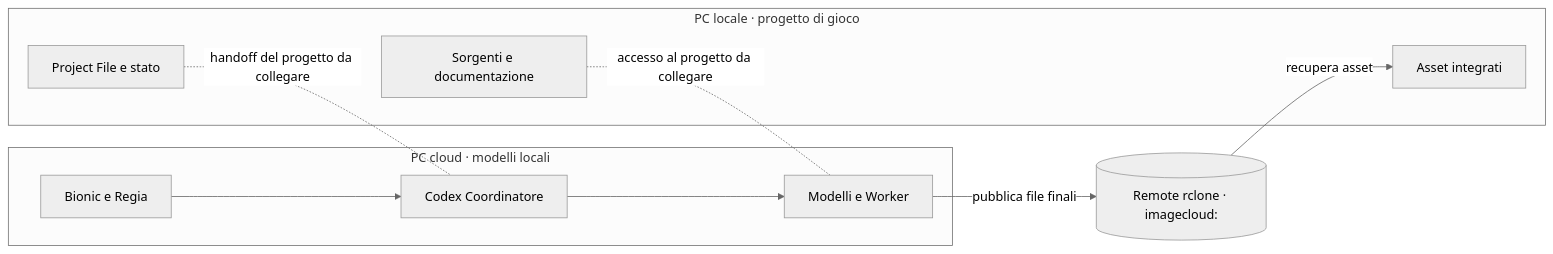
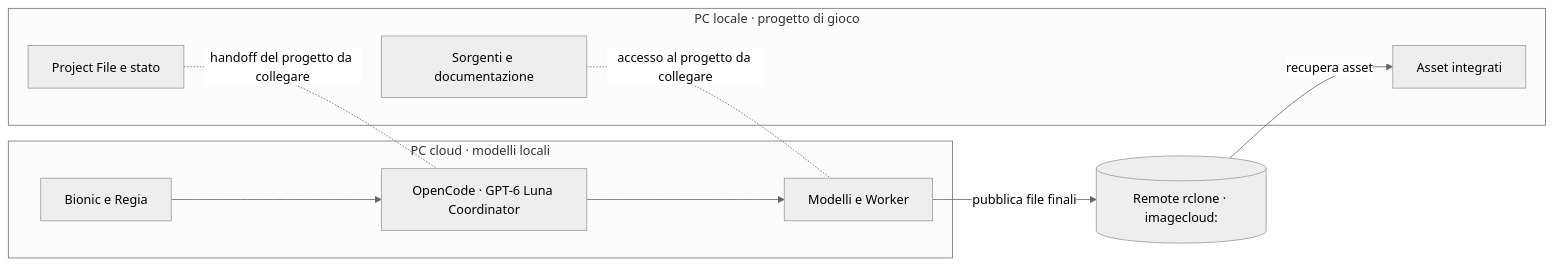
The ninth of 12 diagrams in README.md (DRincs-Productions/LM-Studio), drawn with Mermaid (neutral theme) before and after one commit. The commit also changed other lines of this file and 31 other files, not shown here.

Commit message:
Integrate OpenCode across Shadow workflows

````diff
--- a/README.md
+++ b/README.md
@@ -271,20 +269,20 @@
 ```mermaid
 flowchart LR
     subgraph LOCAL[PC locale · progetto di gioco]
         GAME[Sorgenti e documentazione]
         PF[Project File e stato]
         AS[Asset integrati]
     end
     subgraph CLOUD[PC cloud · modelli locali]
         B[Bionic e Regia]
-        C[Codex Coordinatore]
+        C[OpenCode · GPT-6 Luna Coordinator]
         M[Modelli e Worker]
         B --> C
         C --> M
     end
     RCLONE[(Remote rclone · imagecloud:)]
     M -->|pubblica file finali| RCLONE
     RCLONE -->|recupera asset| AS
     GAME -. accesso al progetto da collegare .- M
     PF -. handoff del progetto da collegare .- C
 ```
````
